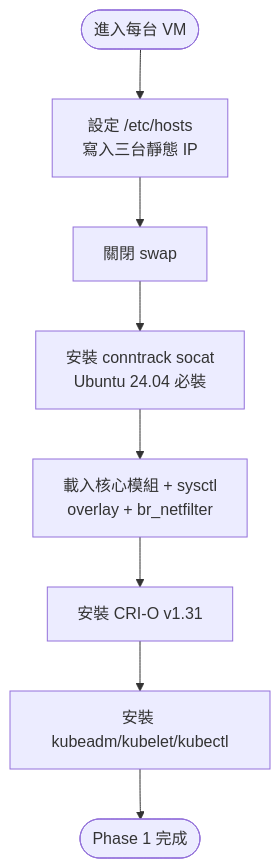
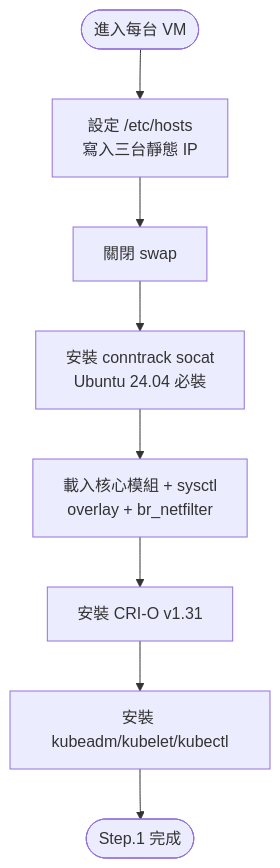
The third of 7 diagrams in kubernetes/3node-multipass/setup-flowchart.md (MansionLai/notebook), drawn with Mermaid before and after one commit. The commit also changed other lines of this file and 2 other files, not shown here.

Commit message:
docs: complete buildup.md steps and align all files to Step.0-6 sequence

````diff
--- a/kubernetes/3node-multipass/setup-flowchart.md
+++ b/kubernetes/3node-multipass/setup-flowchart.md
@@ -46,10 +47,10 @@
 ```mermaid
 flowchart TD
     S([進入每台 VM]) --> HOSTS[設定 /etc/hosts\n寫入三台靜態 IP]
     HOSTS --> SW[關閉 swap]
     SW --> CON[安裝 conntrack socat\nUbuntu 24.04 必裝]
     CON --> MOD[載入核心模組 + sysctl\noverlay + br_netfilter]
     MOD --> CRI[安裝 CRI-O v1.31]
     CRI --> K8S[安裝 kubeadm/kubelet/kubectl]
-    K8S --> DONE([Phase 1 完成])
+    K8S --> DONE([Step.1 完成])
 ```
````
